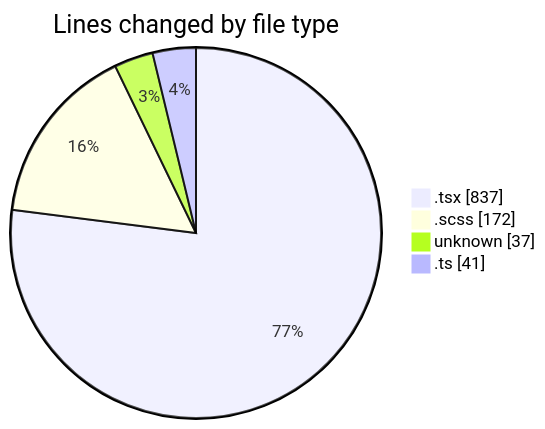
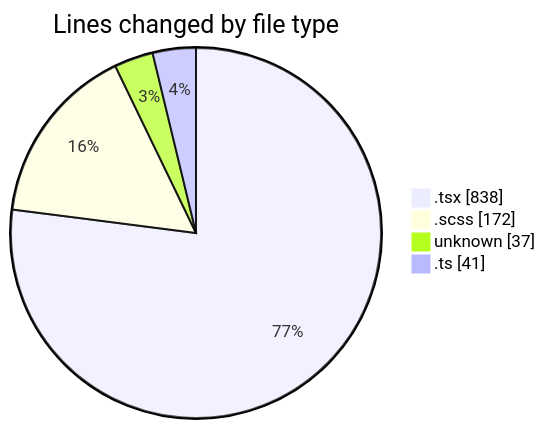
The first of 2 diagrams in 2025-09-16/cda/README.md (momahboobian/code-tracking), drawn with Mermaid before and after one commit. The commit also changed other lines of this file and 1 other file, not shown here.

````diff
--- a/2025-09-16/cda/README.md
+++ b/2025-09-16/cda/README.md
@@ -27,8 +27,8 @@
 ```mermaid
 pie showData
 title Lines changed by file type
-".tsx" : 837
+".tsx" : 838
 ".scss" : 172
 "unknown" : 37
 ".ts" : 41
 ```
````
